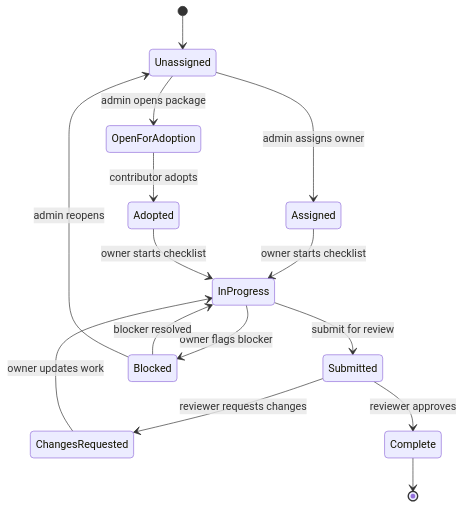
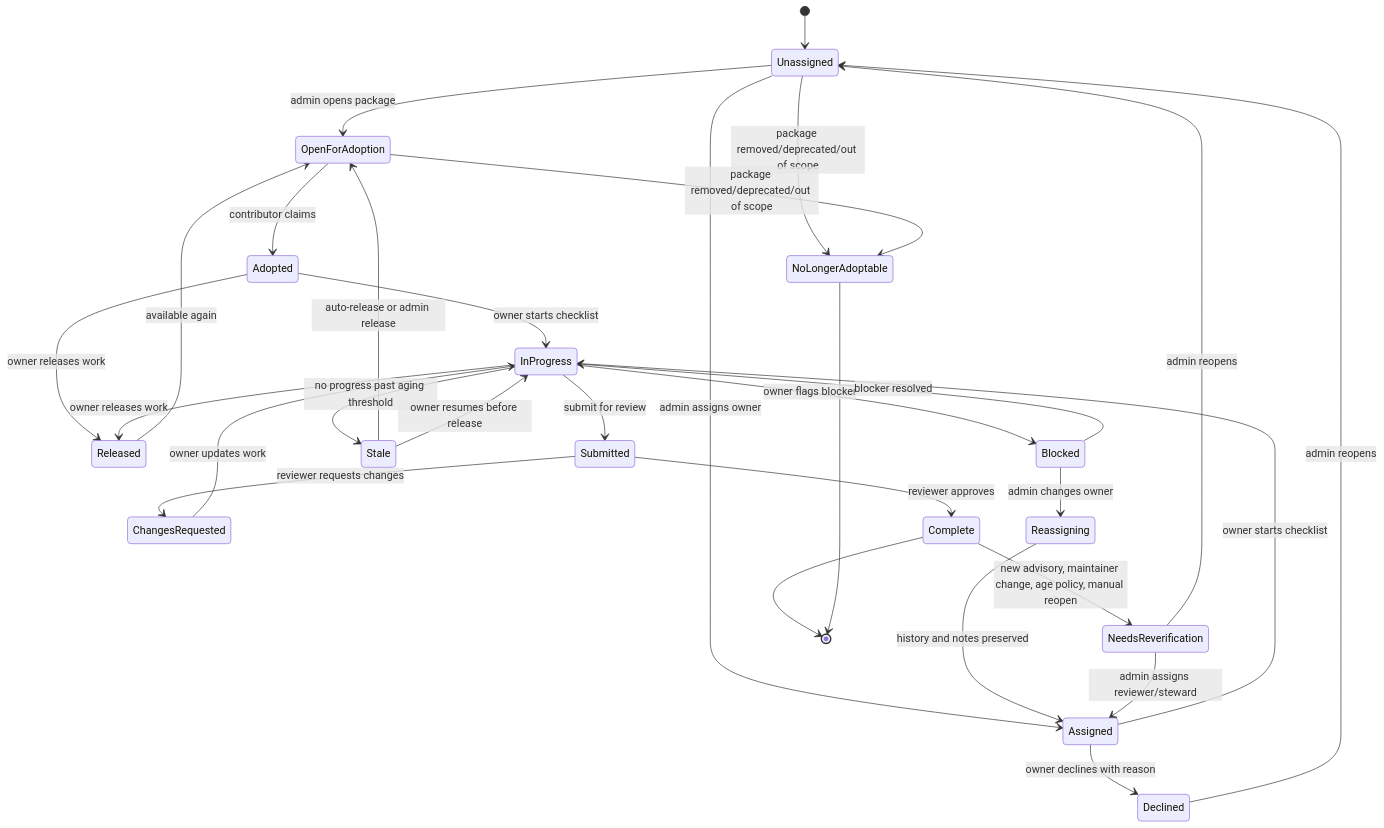
The second of 2 diagrams in docs/security-project-adoption.md (linuxfoundation/lfx-v2-ui), drawn with Mermaid before and after one commit. The commit also changed other lines of this file, not shown here.

Commit message:
docs(security): address adoption spec review

````diff
--- a/docs/security-project-adoption.md
+++ b/docs/security-project-adoption.md
@@ -62,17 +74,32 @@
 ```mermaid
 stateDiagram-v2
   [*] --> Unassigned
   Unassigned --> OpenForAdoption: admin opens package
   Unassigned --> Assigned: admin assigns owner
-  OpenForAdoption --> Adopted: contributor adopts
+  OpenForAdoption --> Adopted: contributor claims
   Assigned --> InProgress: owner starts checklist
+  Assigned --> Declined: owner declines with reason
+  Declined --> Unassigned: admin reopens
   Adopted --> InProgress: owner starts checklist
+  Adopted --> Released: owner releases work
+  Released --> OpenForAdoption: available again
   InProgress --> Submitted: submit for review
+  InProgress --> Released: owner releases work
+  InProgress --> Stale: no progress past aging threshold
+  Stale --> OpenForAdoption: auto-release or admin release
+  Stale --> InProgress: owner resumes before release
   Submitted --> ChangesRequested: reviewer requests changes
   ChangesRequested --> InProgress: owner updates work
   Submitted --> Complete: reviewer approves
   InProgress --> Blocked: owner flags blocker
   Blocked --> InProgress: blocker resolved
-  Blocked --> Unassigned: admin reopens
+  Blocked --> Reassigning: admin changes owner
+  Reassigning --> Assigned: history and notes preserved
+  Complete --> NeedsReverification: new advisory, maintainer change, age policy, manual reopen
+  NeedsReverification --> Unassigned: admin reopens
+  NeedsReverification --> Assigned: admin assigns reviewer/steward
+  Unassigned --> NoLongerAdoptable: package removed/deprecated/out of scope
+  OpenForAdoption --> NoLongerAdoptable: package removed/deprecated/out of scope
   Complete --> [*]
+  NoLongerAdoptable --> [*]
 ```
````
